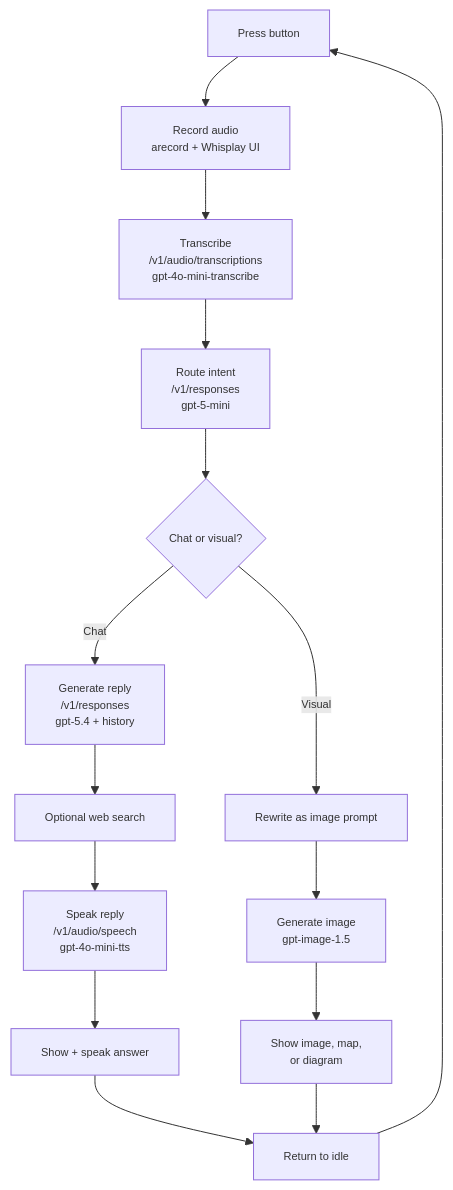
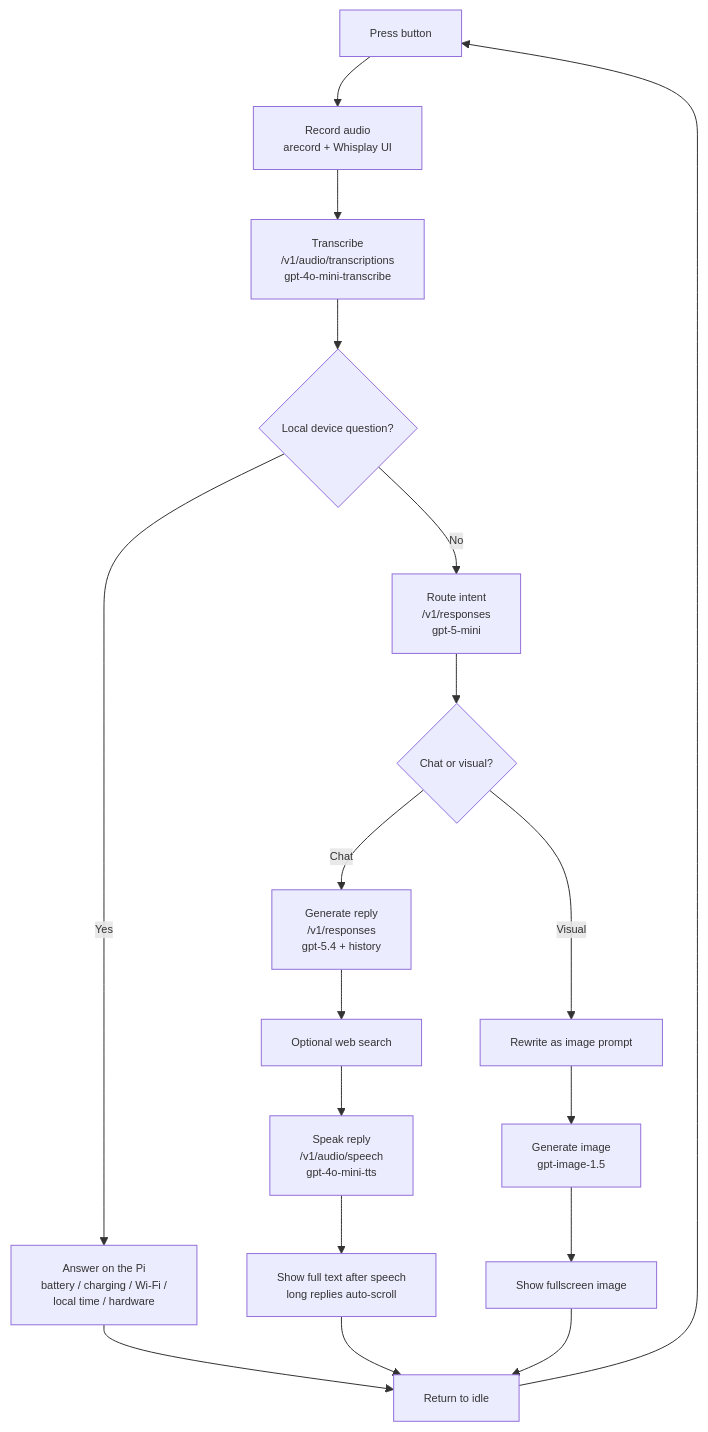
Before and after one commit to yahya3867/athena: the diagram in README.md, drawn with Mermaid. The commit also changed other lines of this file and 1 other file, not shown here.

````diff
--- a/README.md
+++ b/README.md
@@ -19,21 +34,25 @@
 ```mermaid
 %%{init: {'themeVariables': {'fontSize': '11px'}}}%%
 flowchart TD
     A["Press button"] --> B["Record audio\narecord + Whisplay UI"]
     B --> C["Transcribe\n/v1/audio/transcriptions\n gpt-4o-mini-transcribe"]
-    C --> D["Route intent\n/v1/responses\n gpt-5-mini"]
-    D --> E{"Chat or visual?"}
+    C --> D{"Local device question?"}
 
-    E -->|"Chat"| F["Generate reply\n/v1/responses\n gpt-5.4 + history"]
-    F --> G["Optional web search"]
-    G --> H["Speak reply\n/v1/audio/speech\n gpt-4o-mini-tts"]
-    H --> I["Show + speak answer"]
+    D -->|"Yes"| E["Answer on the Pi\nbattery / charging / Wi-Fi /\nlocal time / hardware"]
+    D -->|"No"| F["Route intent\n/v1/responses\n gpt-5-mini"]
+    F --> G{"Chat or visual?"}
 
-    E -->|"Visual"| J["Rewrite as image prompt"]
-    J --> K["Generate image\n gpt-image-1.5"]
-    K --> L["Show image, map,\nor diagram"]
+    G -->|"Chat"| H["Generate reply\n/v1/responses\n gpt-5.4 + history"]
+    H --> I["Optional web search"]
+    I --> J["Speak reply\n/v1/audio/speech\n gpt-4o-mini-tts"]
+    J --> K["Show full text after speech\nlong replies auto-scroll"]
 
-    I --> M["Return to idle"]
-    L --> M
-    M --> A
+    G -->|"Visual"| L["Rewrite as image prompt"]
+    L --> M["Generate image\n gpt-image-1.5"]
+    M --> N["Show fullscreen image"]
+
+    E --> O["Return to idle"]
+    K --> O
+    N --> O
+    O --> A
 ```
````
